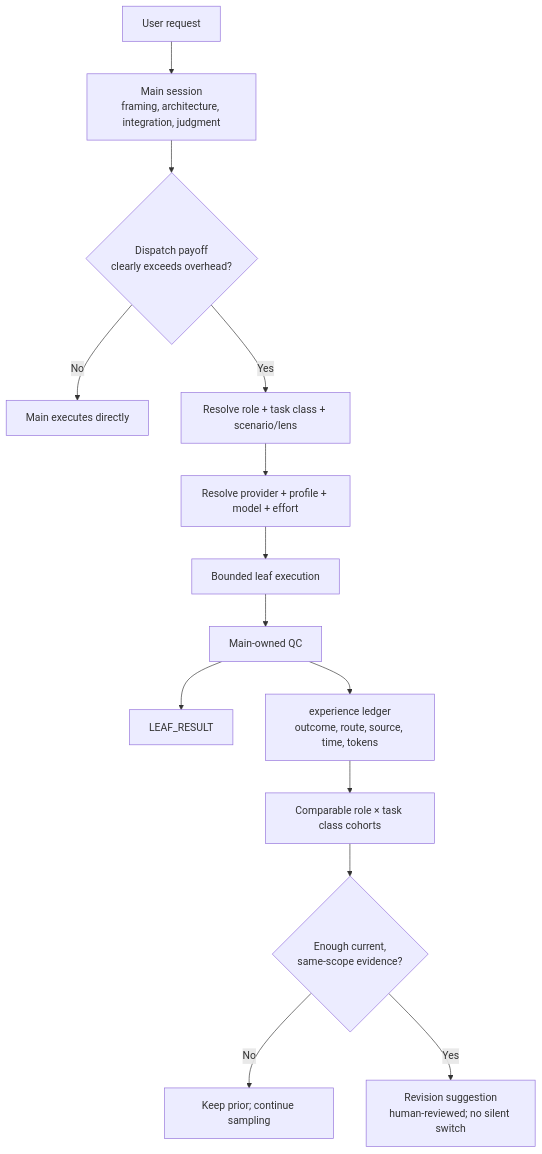
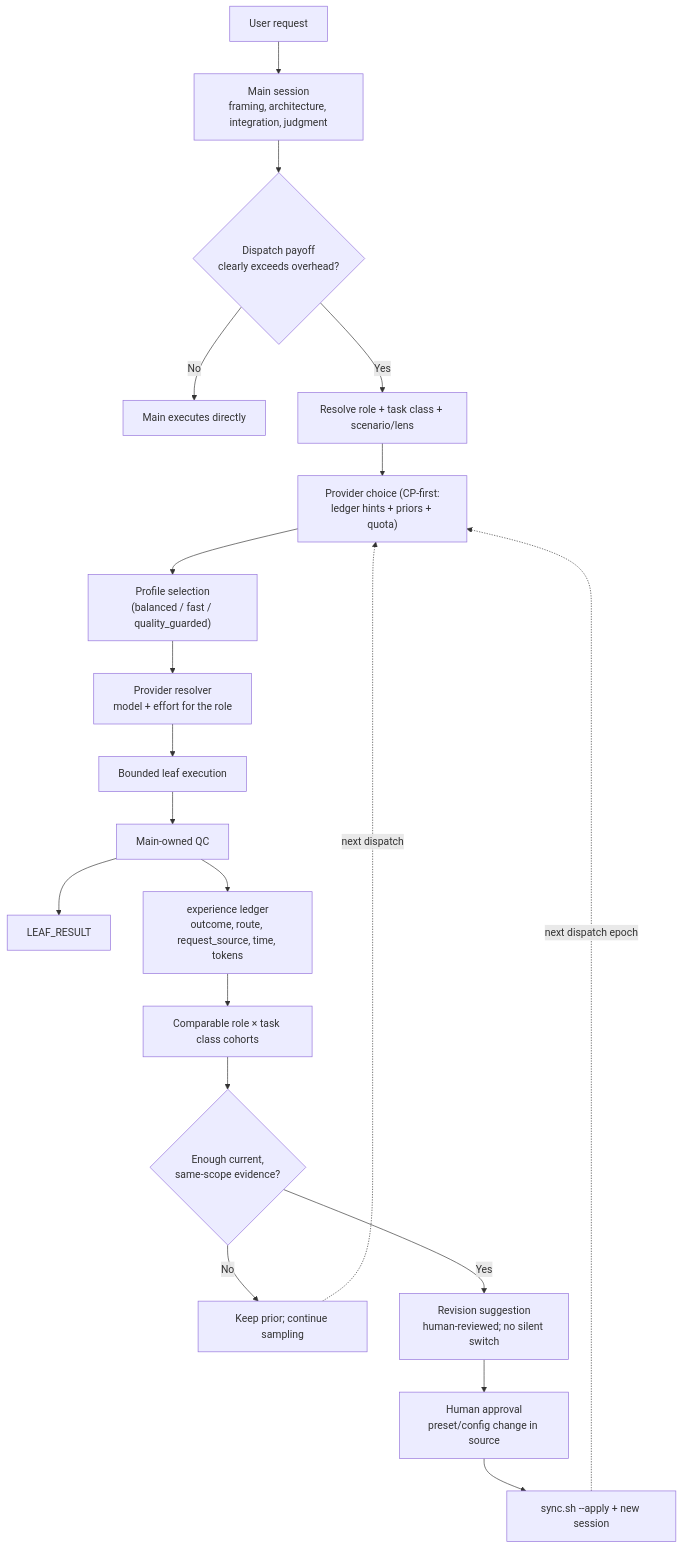
Before and after one commit to Yuhuan183/agent-harness: the second of 2 diagrams in README.md, drawn with Mermaid. The commit also changed other lines of this file and 6 other files, not shown here.

First line of the commit message:
docs(wording): unify terminology and close the feedback-loop diagram

````diff
--- a/README.md
+++ b/README.md
@@ -48,16 +48,22 @@
 ```mermaid
 flowchart TD
     user["User request"] --> main["Main session<br/>framing, architecture, integration, judgment"]
     main --> brake{"Dispatch payoff<br/>clearly exceeds overhead?"}
     brake -- "No" --> direct["Main executes directly"]
     brake -- "Yes" --> shape["Resolve role + task class + scenario/lens"]
-    shape --> route["Resolve provider + profile + model + effort"]
-    route --> leaf["Bounded leaf execution"]
+    shape --> chooseProvider["Provider choice (CP-first:<br/>ledger hints + priors + quota)"]
+    chooseProvider --> chooseProfile["Profile selection<br/>(balanced / fast / quality_guarded)"]
+    chooseProfile --> resolve["Provider resolver<br/>model + effort for the role"]
+    resolve --> leaf["Bounded leaf execution"]
     leaf --> qc["Main-owned QC"]
     qc --> result["LEAF_RESULT"]
-    qc --> ledger["experience ledger<br/>outcome, route, source, time, tokens"]
+    qc --> ledger["experience ledger<br/>outcome, route, request_source, time, tokens"]
     ledger --> report["Comparable role × task class cohorts"]
     report --> threshold{"Enough current,<br/>same-scope evidence?"}
     threshold -- "No" --> keep["Keep prior; continue sampling"]
     threshold -- "Yes" --> revise["Revision suggestion<br/>human-reviewed; no silent switch"]
+    revise --> approve["Human approval<br/>preset/config change in source"]
+    approve --> redeploy["sync.sh --apply + new session"]
+    redeploy -. "next dispatch epoch" .-> chooseProvider
+    keep -. "next dispatch" .-> chooseProvider
 ```
````
